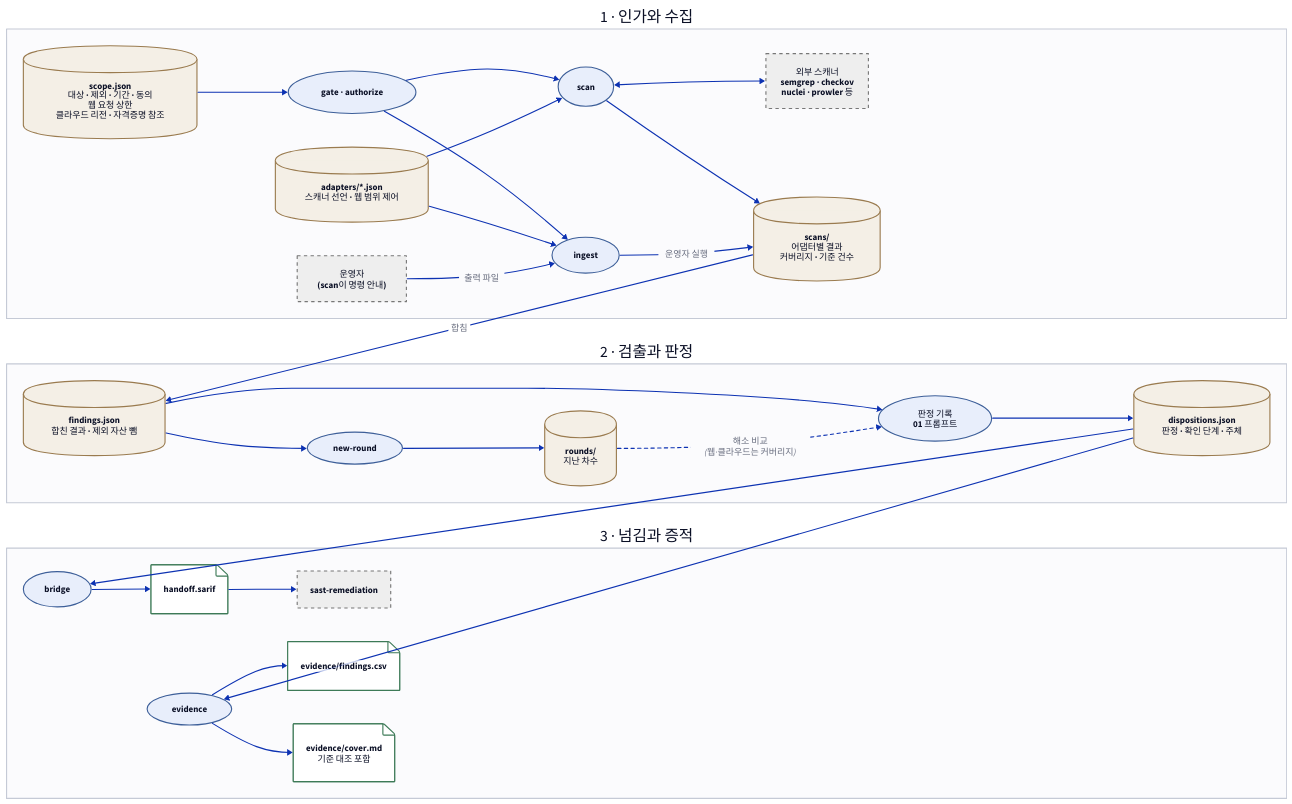
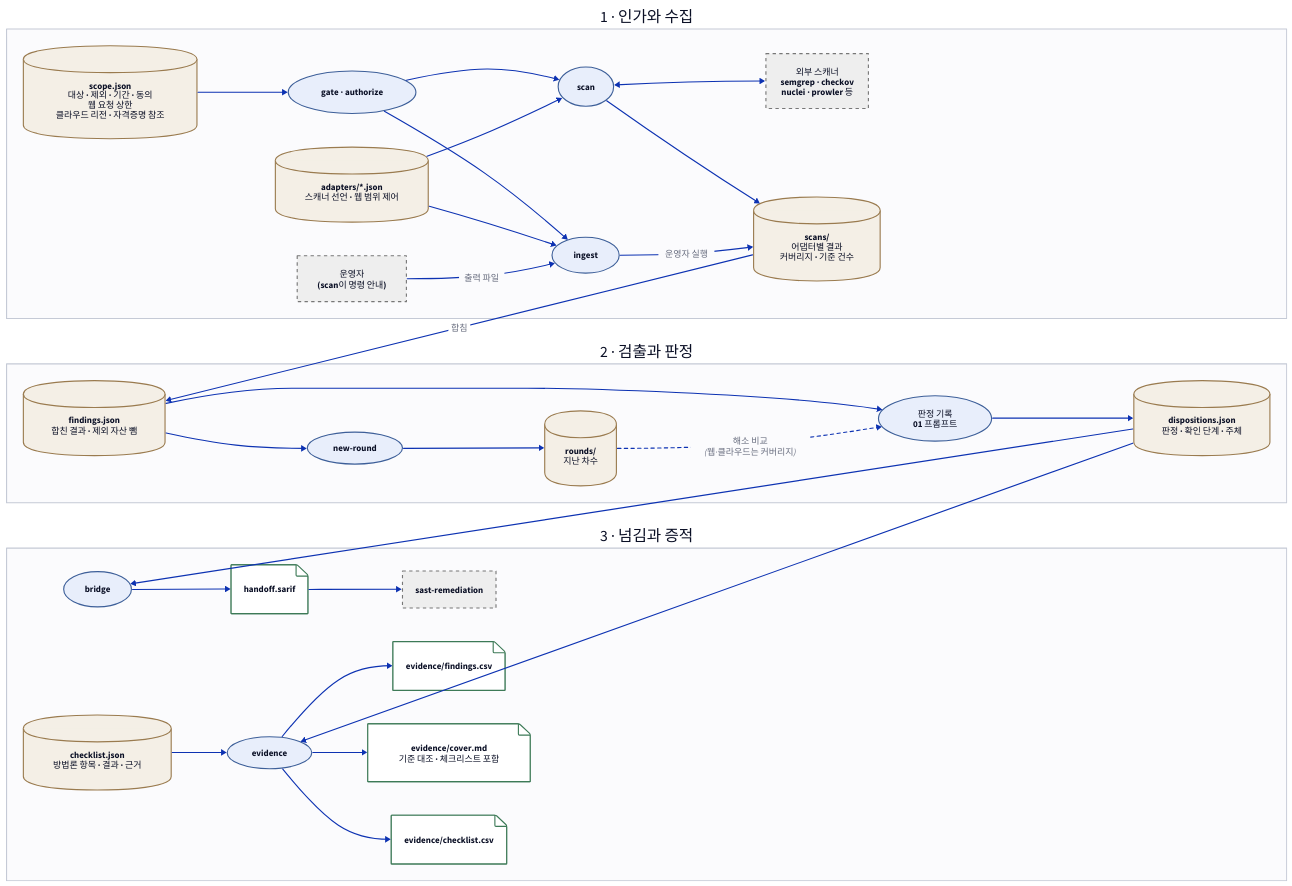
The diagram in skills/security-assessment/toolkit/docs/diagrams/architecture.d2 (seo0tak/agent-skills), drawn with D2 before and after one commit. The commit also changed other lines of this file and 33 other files, not shown here.

```diff
--- a/skills/security-assessment/toolkit/docs/diagrams/architecture.d2
+++ b/skills/security-assessment/toolkit/docs/diagrams/architecture.d2
@@ -1,59 +1,63 @@
 # security-assessment 구조도. 고친 뒤 저장소 루트에서 python3 scripts/render_diagrams.py
 grid-rows: 3
 grid-gap: 40
 classes: {
   store: {shape: cylinder; style: {fill: "#f4efe6"; stroke: "#9a7b4f"}}
   proc: {shape: oval; style: {fill: "#e8eefb"; stroke: "#3d5f99"}}
   ext: {style: {fill: "#eeeeee"; stroke: "#777777"; stroke-dash: 3}}
   out: {shape: page; style: {fill: "#ffffff"; stroke: "#3d7a57"}}
   stage: {style: {fill: "#fbfbfd"; stroke: "#c5cad6"}}
 }
 collect: "1 · 인가와 수집" {
   class: stage
   direction: right
   scope: "scope.json\n대상 · 제외 · 기간 · 동의\n웹 요청 상한\n클라우드 리전 · 자격증명 참조" {class: store}
   adapters: "adapters/*.json\n스캐너 선언 · 웹 범위 제어" {class: store}
   gate: "gate · authorize" {class: proc}
   scan: "scan" {class: proc}
   ext: "외부 스캐너\nsemgrep · checkov\nnuclei · prowler 등" {class: ext}
   operator: "운영자\n(scan이 명령 안내)" {class: ext}
   ingest: "ingest" {class: proc}
   scans: "scans/\n어댑터별 결과\n커버리지 · 기준 건수" {class: store}
   scope -> gate
   gate -> scan
   gate -> ingest
   adapters -> scan
   adapters -> ingest
   scan <-> ext
   scan -> scans
   operator -> ingest: "출력 파일"
   ingest -> scans: "운영자 실행"
 }
 judge: "2 · 검출과 판정" {
   class: stage
   direction: right
   findings: "findings.json\n합친 결과 · 제외 자산 뺌" {class: store}
   round: "new-round" {class: proc}
   rounds: "rounds/\n지난 차수" {class: store}
   dispositions: "판정 기록\n01 프롬프트" {class: proc}
   disp: "dispositions.json\n판정 · 확인 단계 · 주체" {class: store}
   findings -> round -> rounds
   findings -> dispositions -> disp
   rounds -> dispositions: "해소 비교\n(웹·클라우드는 커버리지)" {style.stroke-dash: 3}
 }
 out: "3 · 넘김과 증적" {
   class: stage
   direction: right
   bridge: "bridge" {class: proc}
   sarif: "handoff.sarif" {class: out}
   sr: "sast-remediation" {class: ext}
+  checklist: "checklist.json\n방법론 항목 · 결과 · 근거" {class: store}
   ev: "evidence" {class: proc}
   csv: "evidence/findings.csv" {class: out}
-  cover: "evidence/cover.md\n기준 대조 포함" {class: out}
+  cover: "evidence/cover.md\n기준 대조 · 체크리스트 포함" {class: out}
+  ckcsv: "evidence/checklist.csv" {class: out}
   bridge -> sarif -> sr
   ev -> csv
   ev -> cover
+  ev -> ckcsv
+  checklist -> ev
 }
 collect.scans -> judge.findings: "합침"
 judge.disp -> out.bridge
 judge.disp -> out.ev
```
